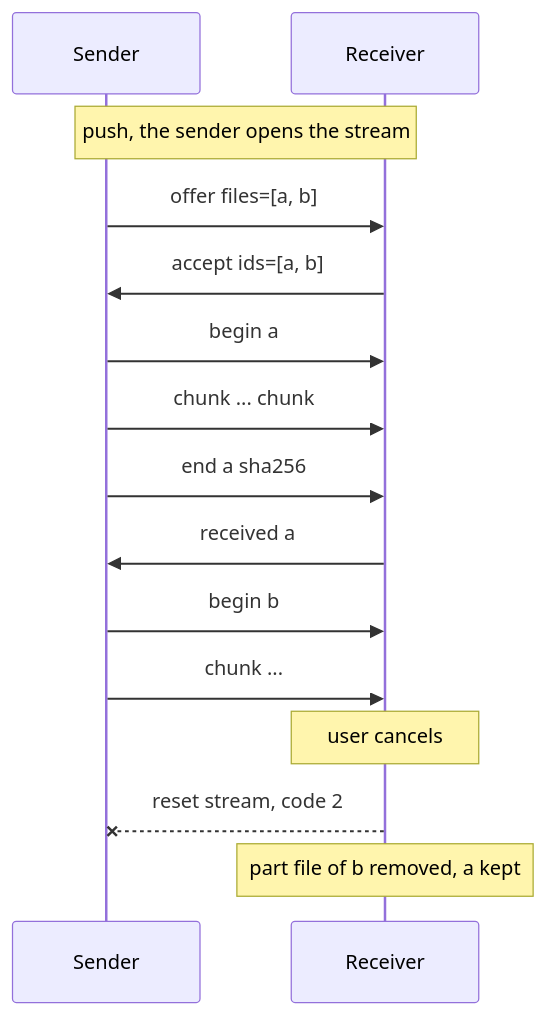
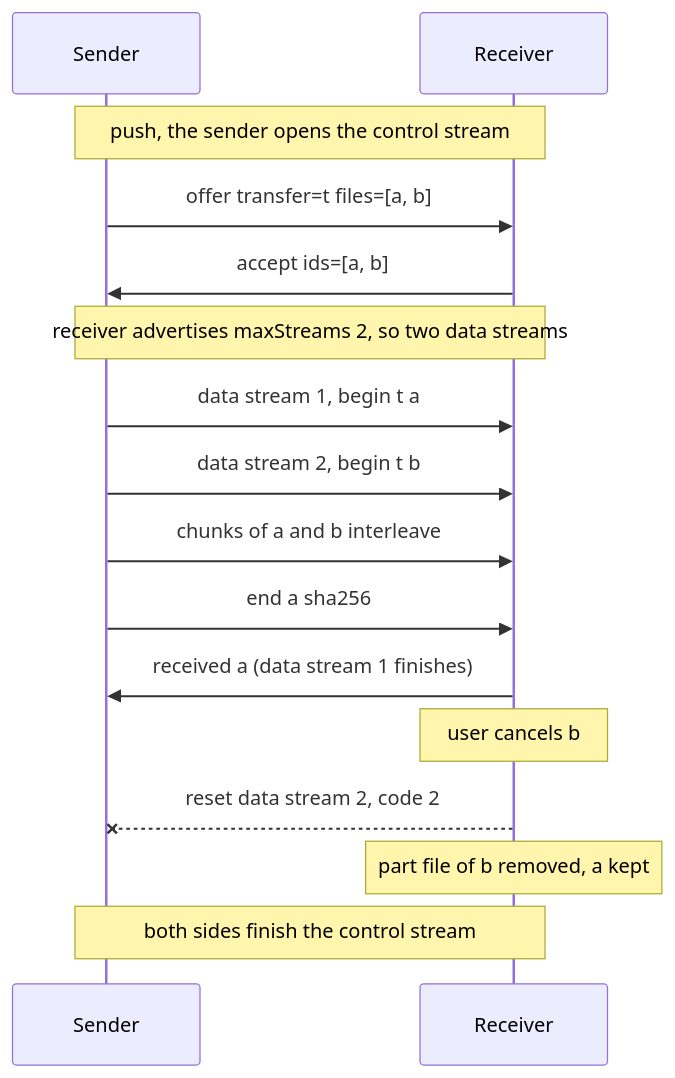
One commit to garth/ligature-protocol changed the first of 3 diagrams in docs/milestones/04-files.md. Above: the diagram before and after it, drawn with Mermaid. The commit also changed other lines of this file and 1 other file, not shown here.

Commit message:
LP-100 Milestone 4 plan: a control stream per transfer and a data stream per file, parallelism bounded by the receiver's maxStreams

````diff
--- a/docs/milestones/04-files.md
+++ b/docs/milestones/04-files.md
@@ -147,17 +168,18 @@
 ```mermaid
 sequenceDiagram
     participant S as Sender
     participant R as Receiver
-    Note over S,R: push, the sender opens the stream
-    S->>R: offer files=[a, b]
+    Note over S,R: push, the sender opens the control stream
+    S->>R: offer transfer=t files=[a, b]
     R->>S: accept ids=[a, b]
-    S->>R: begin a
-    S->>R: chunk ... chunk
+    Note over S,R: receiver advertises maxStreams 2, so two data streams
+    S->>R: data stream 1, begin t a
+    S->>R: data stream 2, begin t b
+    S->>R: chunks of a and b interleave
     S->>R: end a sha256
-    R->>S: received a
-    S->>R: begin b
-    S->>R: chunk ...
-    Note over R: user cancels
-    R--xS: reset stream, code 2
+    R->>S: received a (data stream 1 finishes)
+    Note over R: user cancels b
+    R--xS: reset data stream 2, code 2
     Note over R: part file of b removed, a kept
+    Note over S,R: both sides finish the control stream
 ```
````
